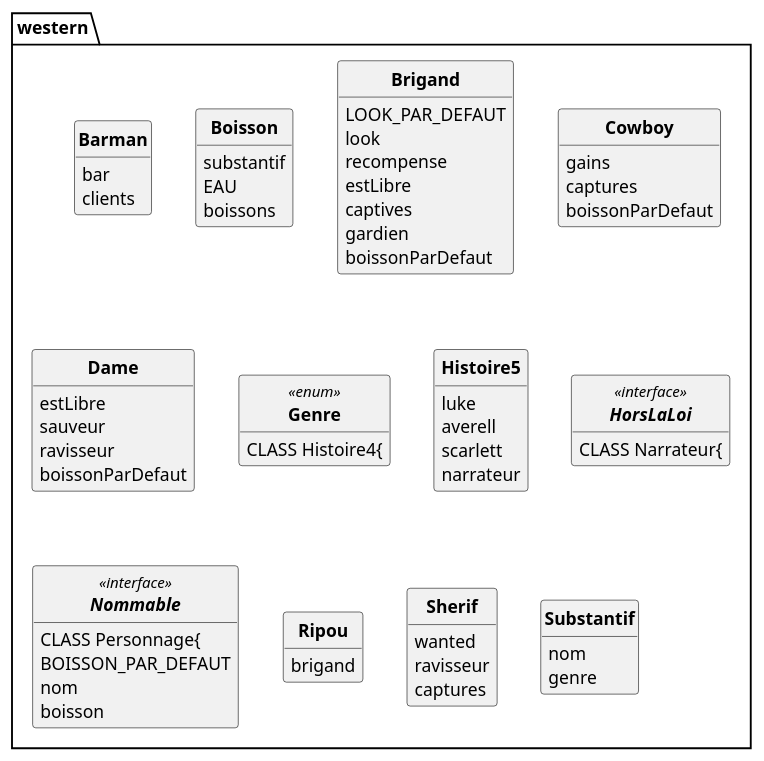
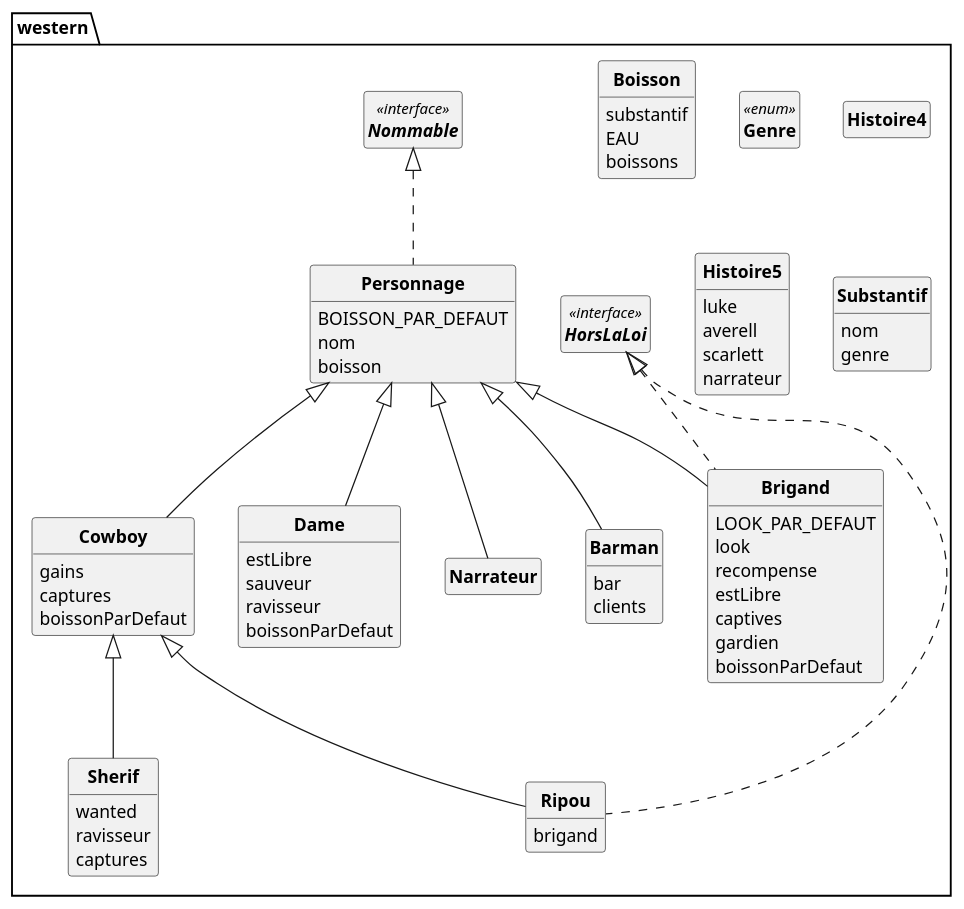
One commit to D3B1RUM4N/PumlFromJava changed the diagram in pumlCode.puml. Above: the diagram before and after it, drawn with PlantUML. The commit also changed 16 other files, not shown here.

Commit message:
je crois le diagramme generer est bon

```diff
--- a/pumlCode.puml
+++ b/pumlCode.puml
@@ -1,100 +1,105 @@
 @startuml
 
 'UML GENERE PAR CODE :)
 
 skinparam style strictuml
 skinparam classAttributeIconSize 0
 skinparam classFontStyle Bold
 hide empty members
 
 PACKAGE western{
-	CLASS Barman{
+	CLASS Barman  extends western.Personnage {
 		bar
 		clients
 	}
 
 
-	CLASS Boisson{
+	CLASS Boisson  {
 		substantif
 		EAU
 		boissons
 	}
 
 
-	CLASS Brigand{
+	CLASS Brigand  extends western.Personnage implements western.HorsLaLoi {
 		LOOK_PAR_DEFAUT
 		look
 		recompense
 		estLibre
 		captives
 		gardien
 		boissonParDefaut
 	}
 
 
-	CLASS Cowboy{
+	CLASS Cowboy  extends western.Personnage {
 		gains
 		captures
 		boissonParDefaut
 	}
 
 
-	CLASS Dame{
+	CLASS Dame  extends western.Personnage {
 		estLibre
 		sauveur
 		ravisseur
 		boissonParDefaut
 	}
 
 
 	ENUM Genre<<enum>>{
-	CLASS Histoire4{
+
+	}
+
+	CLASS Histoire4  {
 	}
 
 
-	CLASS Histoire5{
+	CLASS Histoire5  {
 		luke
 		averell
 		scarlett
 		narrateur
 	}
 
 
 	INTERFACE HorsLaLoi<<interface>>{
 
+	}
 
-	CLASS Narrateur{
+	CLASS Narrateur  extends western.Personnage {
 	}
 
 
 	INTERFACE Nommable<<interface>>{
 
+	}
 
-	CLASS Personnage{
+	CLASS Personnage  implements western.Nommable {
 		BOISSON_PAR_DEFAUT
 		nom
 		boisson
 	}
 
 
-	CLASS Ripou{
+	CLASS Ripou  extends western.Cowboy implements western.HorsLaLoi {
 		brigand
 	}
 
 
-	CLASS Sherif{
+	CLASS Sherif  extends western.Cowboy {
 		wanted
 		ravisseur
 		captures
 	}
 
 
-	CLASS Substantif{
+	CLASS Substantif  {
 		nom
 		genre
 	}
 
 
 
 }
 @enduml
```
